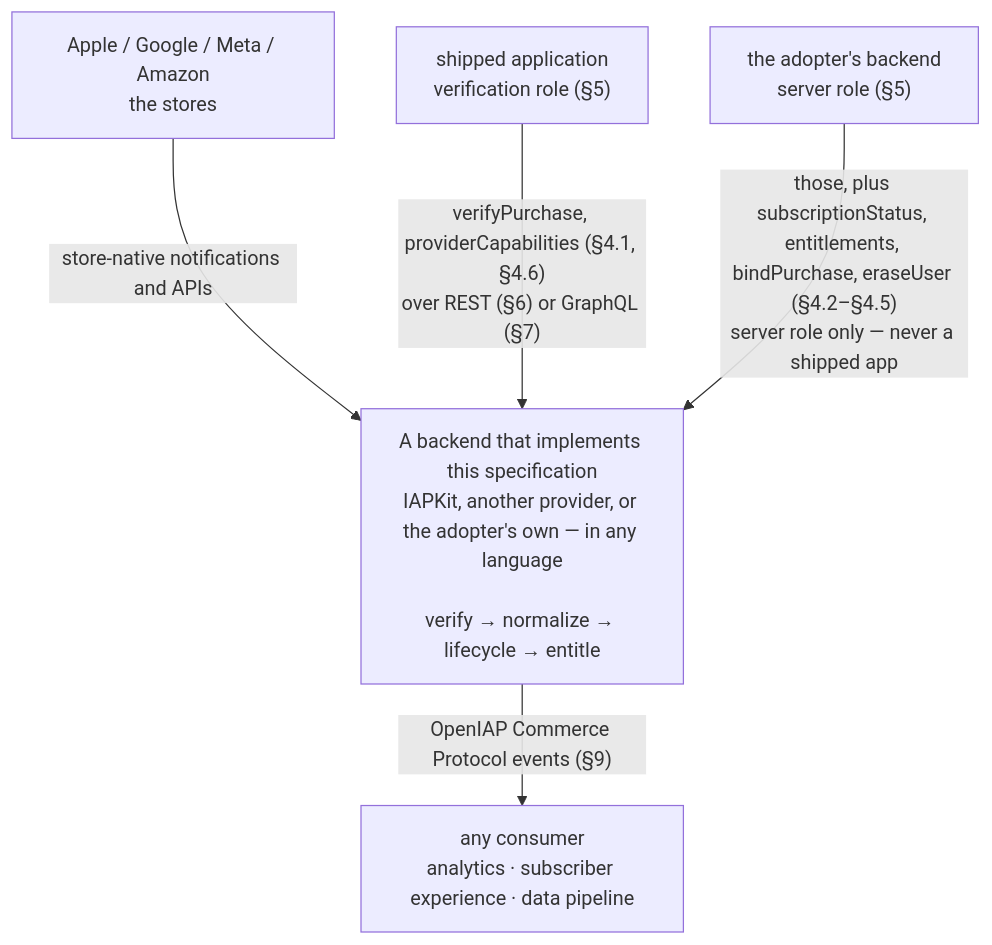
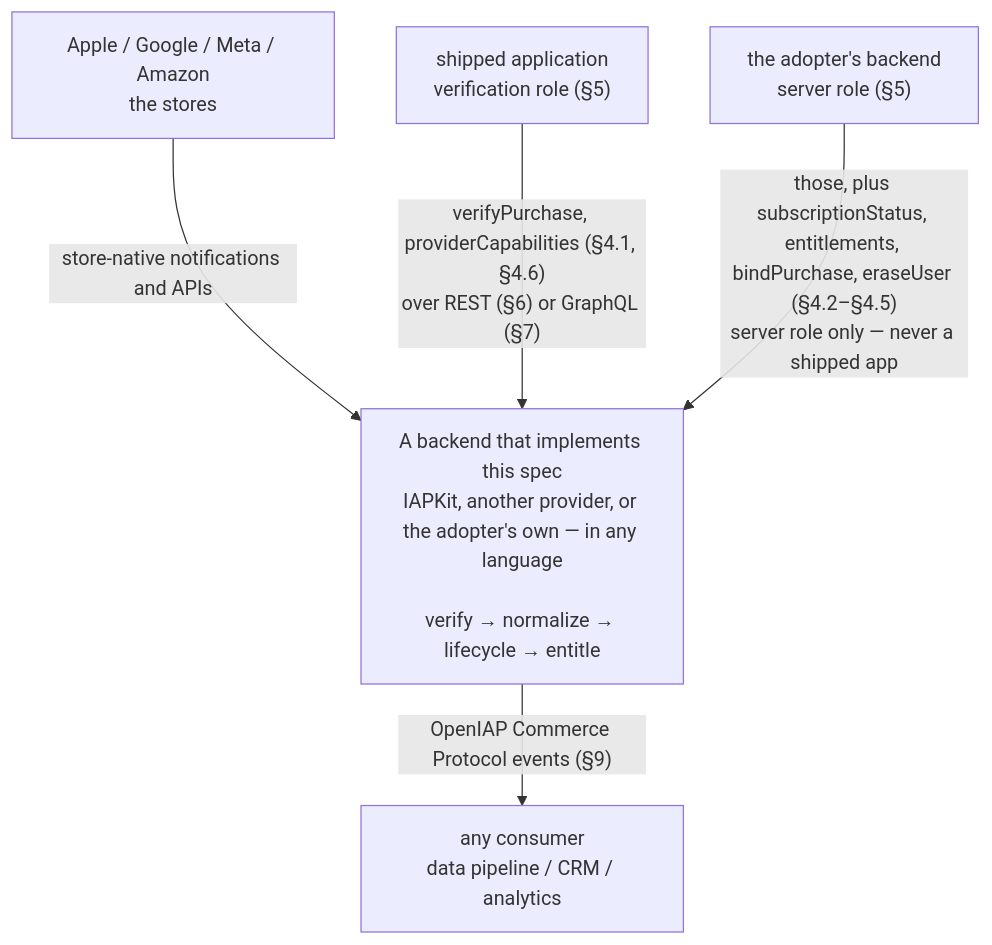
The diagram in specs/commerce-protocol/README.md (hyodotdev/openiap), drawn with Mermaid before and after one commit. The commit also changed other lines of this file and 4 other files, not shown here.

````diff
--- a/specs/commerce-protocol/README.md
+++ b/specs/commerce-protocol/README.md
@@ -22,13 +22,13 @@
 ```mermaid
 flowchart TB
   stores["Apple / Google / Meta / Amazon<br/>the stores"]
-  backend["A backend that implements this specification<br/>IAPKit, another provider, or the adopter's own — in any language<br/><br/>verify → normalize → lifecycle → entitle"]
+  backend["A backend that implements this spec<br/>IAPKit, another provider, or the adopter's own — in any language<br/><br/>verify → normalize → lifecycle → entitle"]
   app["shipped application<br/>verification role (§5)"]
   server["the adopter's backend<br/>server role (§5)"]
-  consumers["any consumer<br/>analytics · subscriber experience · data pipeline"]
+  consumers["any consumer<br/>data pipeline / CRM / analytics"]
 
   stores -->|"store-native notifications and APIs"| backend
   app -->|"verifyPurchase, providerCapabilities (§4.1, §4.6)<br/>over REST (§6) or GraphQL (§7)"| backend
   server -->|"those, plus subscriptionStatus, entitlements, bindPurchase, eraseUser (§4.2–§4.5)<br/>server role only — never a shipped app"| backend
   backend -->|"OpenIAP Commerce Protocol events (§9)"| consumers
 ```
````
